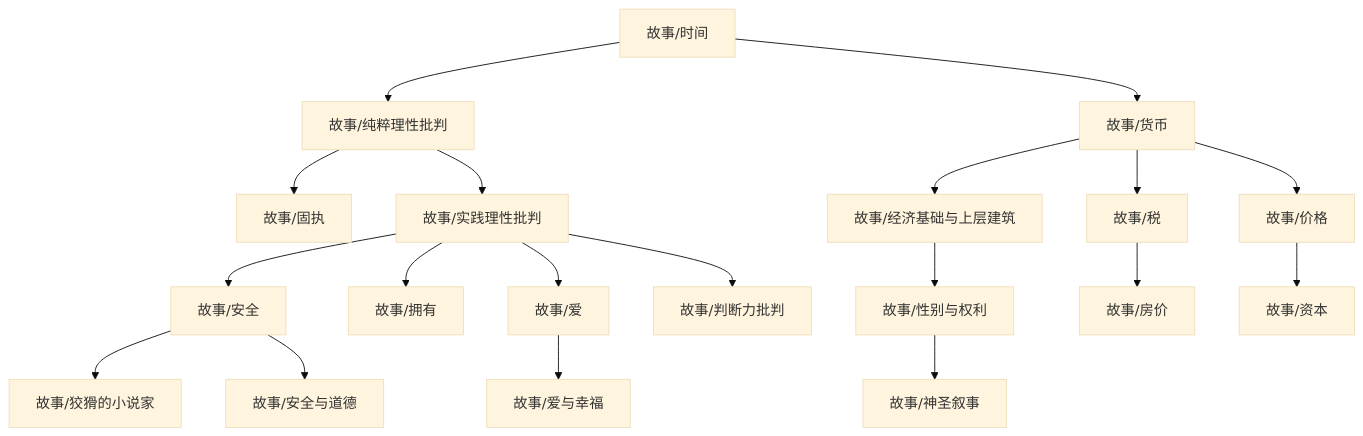
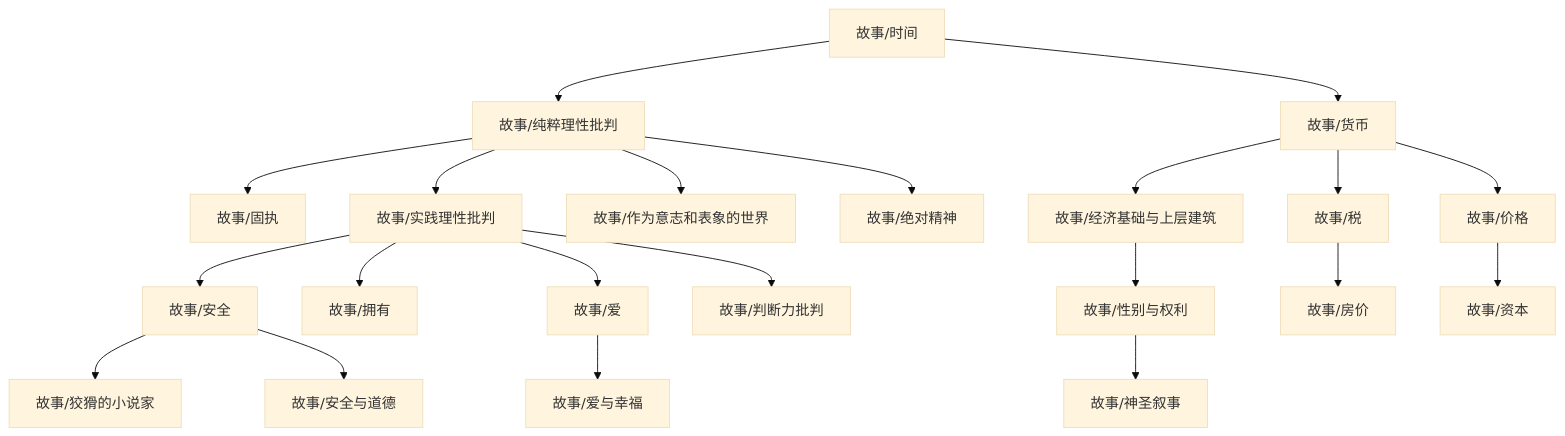
The diagram in content/故事/dependency_graph.md (zeroDtree/zeroDtree.github.io), drawn with Mermaid (base theme) before and after one commit. The commit also changed 3 other files, not shown here.

````diff
--- a/content/故事/dependency_graph.md
+++ b/content/故事/dependency_graph.md
@@ -1,21 +1,23 @@
 ```mermaid
 graph TD
 1["故事/纯粹理性批判"] --> 0["故事/固执"]
 3["故事/经济基础与上层建筑"] --> 2["故事/性别与权利"]
 5["故事/价格"] --> 4["故事/资本"]
 7["故事/安全"] --> 6["故事/狡猾的小说家"]
 1["故事/纯粹理性批判"] --> 8["故事/实践理性批判"]
 9["故事/时间"] --> 1["故事/纯粹理性批判"]
 8["故事/实践理性批判"] --> 7["故事/安全"]
 10["故事/货币"] --> 3["故事/经济基础与上层建筑"]
 8["故事/实践理性批判"] --> 11["故事/拥有"]
 10["故事/货币"] --> 12["故事/税"]
 12["故事/税"] --> 13["故事/房价"]
 8["故事/实践理性批判"] --> 14["故事/爱"]
 10["故事/货币"] --> 5["故事/价格"]
-7["故事/安全"] --> 16["故事/安全与道德"]
-2["故事/性别与权利"] --> 17["故事/神圣叙事"]
-14["故事/爱"] --> 18["故事/爱与幸福"]
+1["故事/纯粹理性批判"] --> 16["故事/作为意志和表象的世界"]
+1["故事/纯粹理性批判"] --> 17["故事/绝对精神"]
+7["故事/安全"] --> 18["故事/安全与道德"]
+2["故事/性别与权利"] --> 19["故事/神圣叙事"]
+14["故事/爱"] --> 20["故事/爱与幸福"]
 9["故事/时间"] --> 10["故事/货币"]
-8["故事/实践理性批判"] --> 19["故事/判断力批判"]
+8["故事/实践理性批判"] --> 21["故事/判断力批判"]
 ```
````
